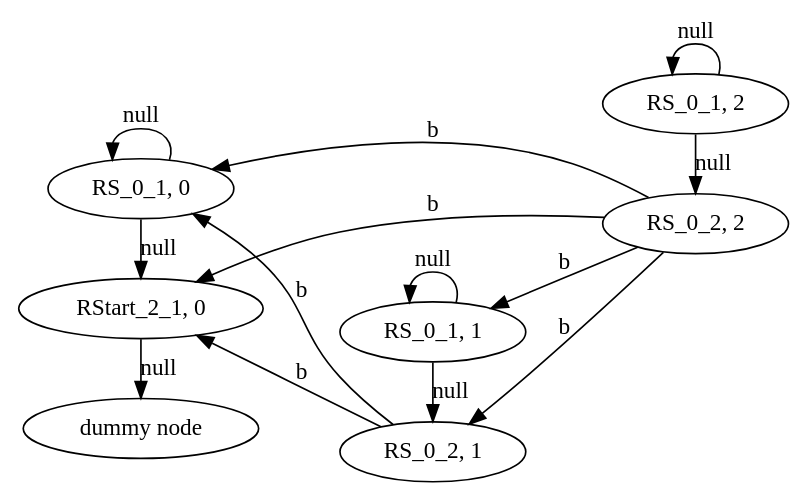
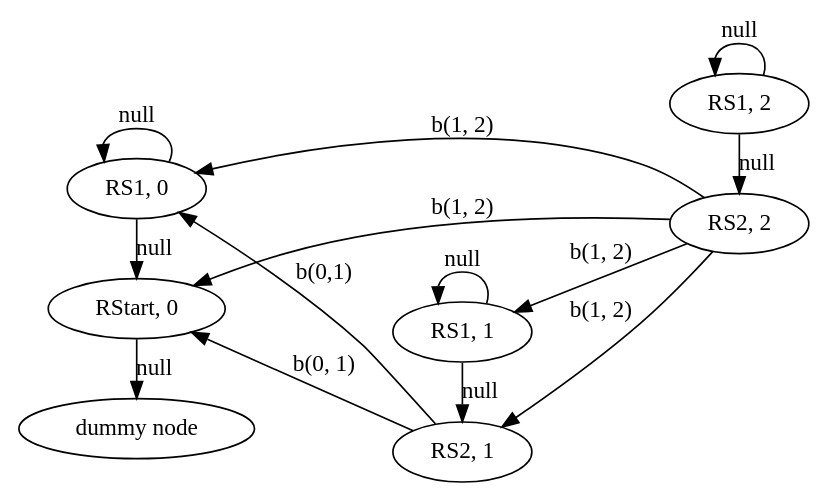
The diagram in TMPA2014/gss.dot (YaccConstructor/articles), drawn with Graphviz before and after one commit. The commit also changed 5 other files, not shown here.

```diff
--- a/TMPA2014/gss.dot
+++ b/TMPA2014/gss.dot
@@ -1,26 +1,26 @@
 digraph GSS {
     rankdir=RL
     0 [label="dummy node"]
-    1 [label="RStart_2_1, 0"]
+    1 [label="RStart, 0"]
     1 -> 0 [label="null"]
-    2 [label="RS_0_1, 0"]
+    2 [label="RS1, 0"]
     2 -> 1 [label="null"]
     2 -> 2 [label="null"]
-    3 [label="RS_0_2, 1"]
-    3 -> 1 [label="b"]
-    3 -> 2 [label="b"]
-    4 [label="RS_0_1, 1"]
+    3 [label="RS2, 1"]
+    3 -> 1 [label="b(0, 1)"]
+    3 -> 2 [label="b(0,1)"]
+    4 [label="RS1, 1"]
     4 -> 3 [label="null"]
     4 -> 4 [label="null"]
-    5 [label="RS_0_2, 2"]
-    5 -> 1 [label="b"]
-    5 -> 2 [label="b"]
-    5 -> 3 [label="b"]
-    5 -> 4 [label="b"]
-    6 [label="RS_0_1, 2"]
+    5 [label="RS2, 2"]
+    5 -> 1 [label="b(1, 2)"]
+    5 -> 2 [label="b(1, 2)"]
+    5 -> 3 [label="b(1, 2)"]
+    5 -> 4 [label="b(1, 2)"]
+    6 [label="RS1, 2"]
     6 -> 5 [label="null"]
     6 -> 6 [label="null"]
     {rank=same; 2 1 0}
     {rank=same; 4 3}
     {rank=same; 6 5}
 }
```
